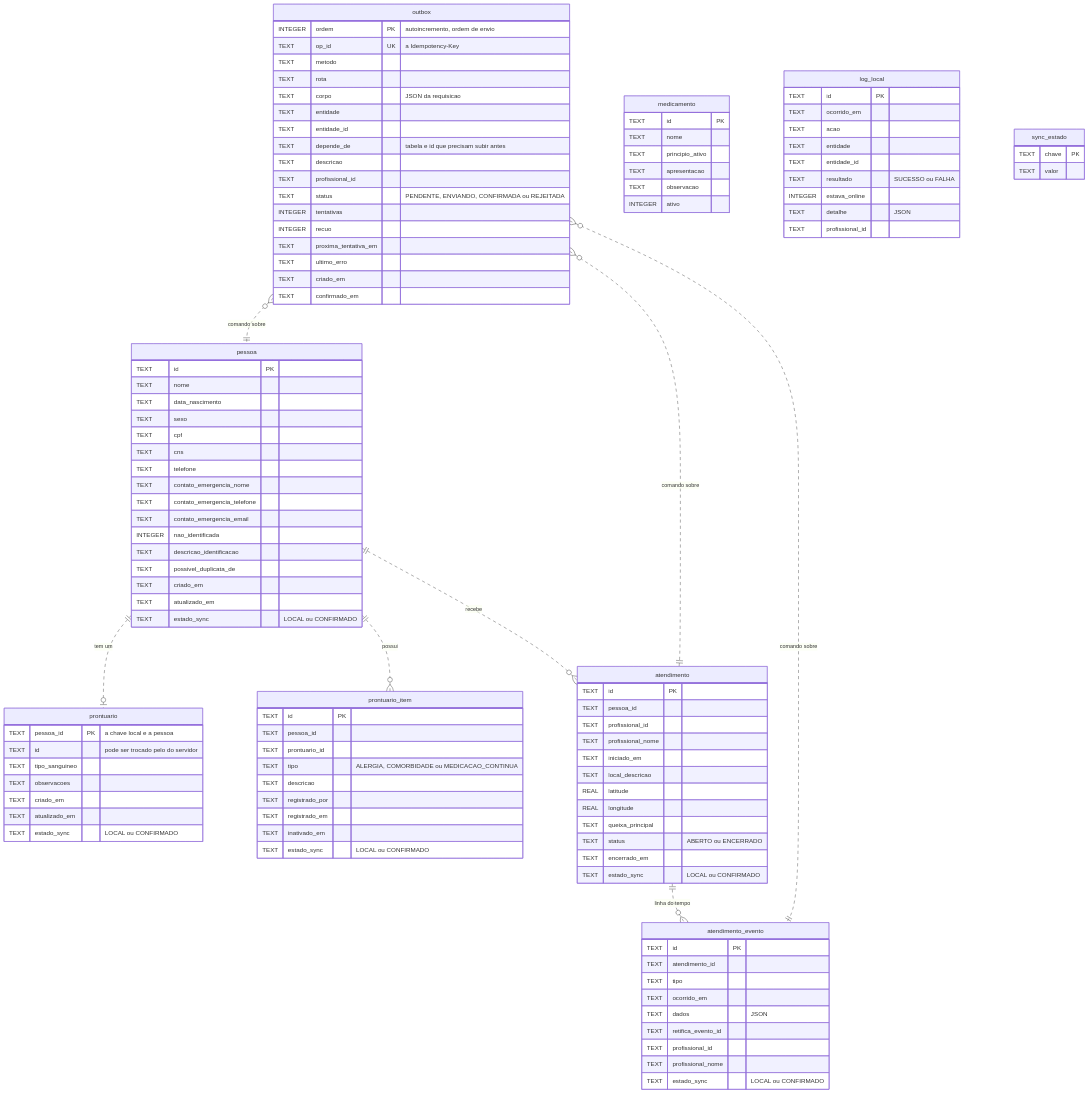
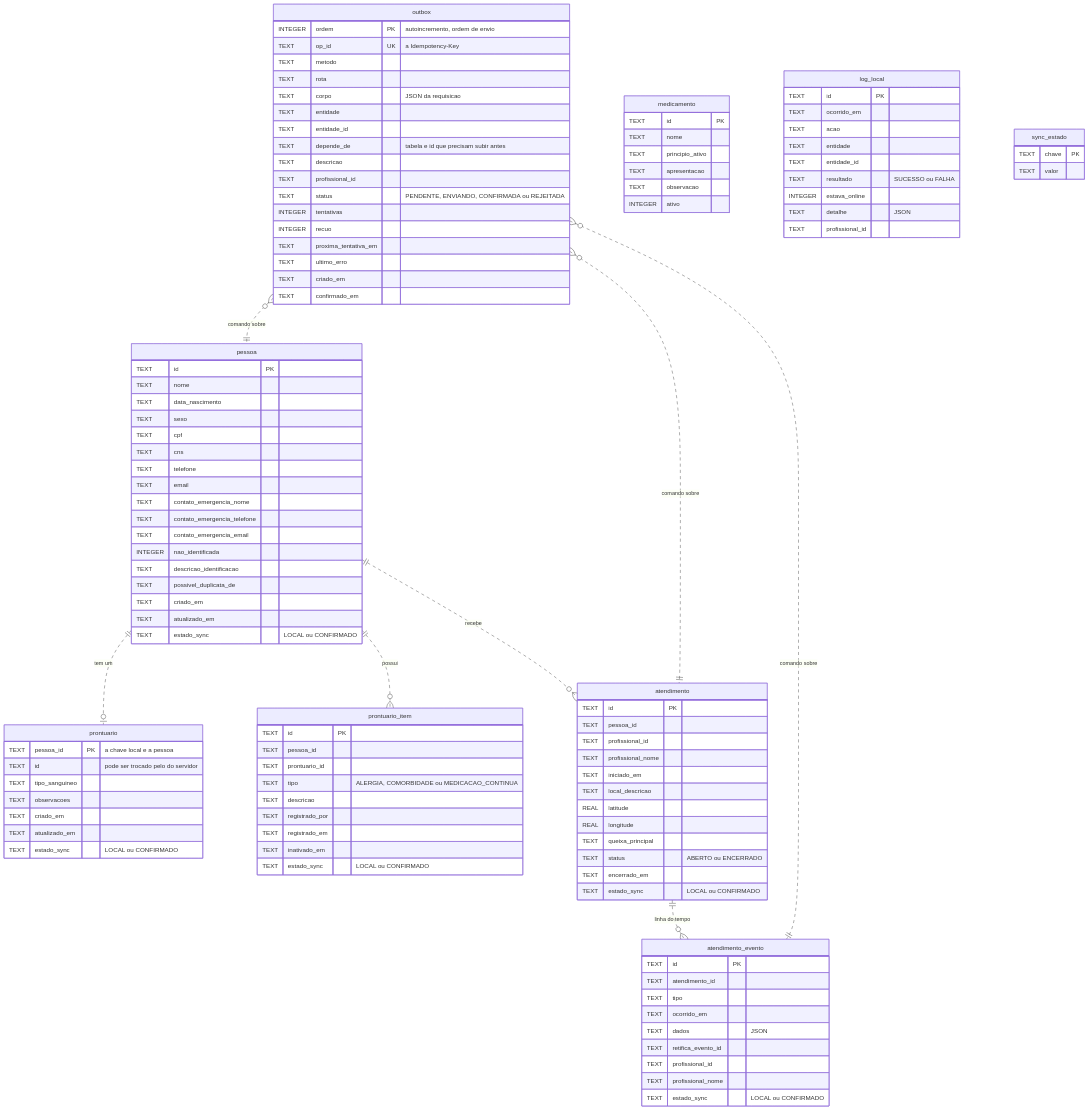
Before and after one commit to ArthurRostirolla/MedicalField: the fourth of 5 diagrams in docs/dados/modelagem.md, drawn with Mermaid. The commit also changed other lines of this file and 19 other files, not shown here.

```diff
--- a/docs/dados/modelagem.md
+++ b/docs/dados/modelagem.md
@@ -404,6 +405,7 @@
     TEXT cpf
     TEXT cns
     TEXT telefone
+    TEXT email
     TEXT contato_emergencia_nome
     TEXT contato_emergencia_telefone
     TEXT contato_emergencia_email
```
